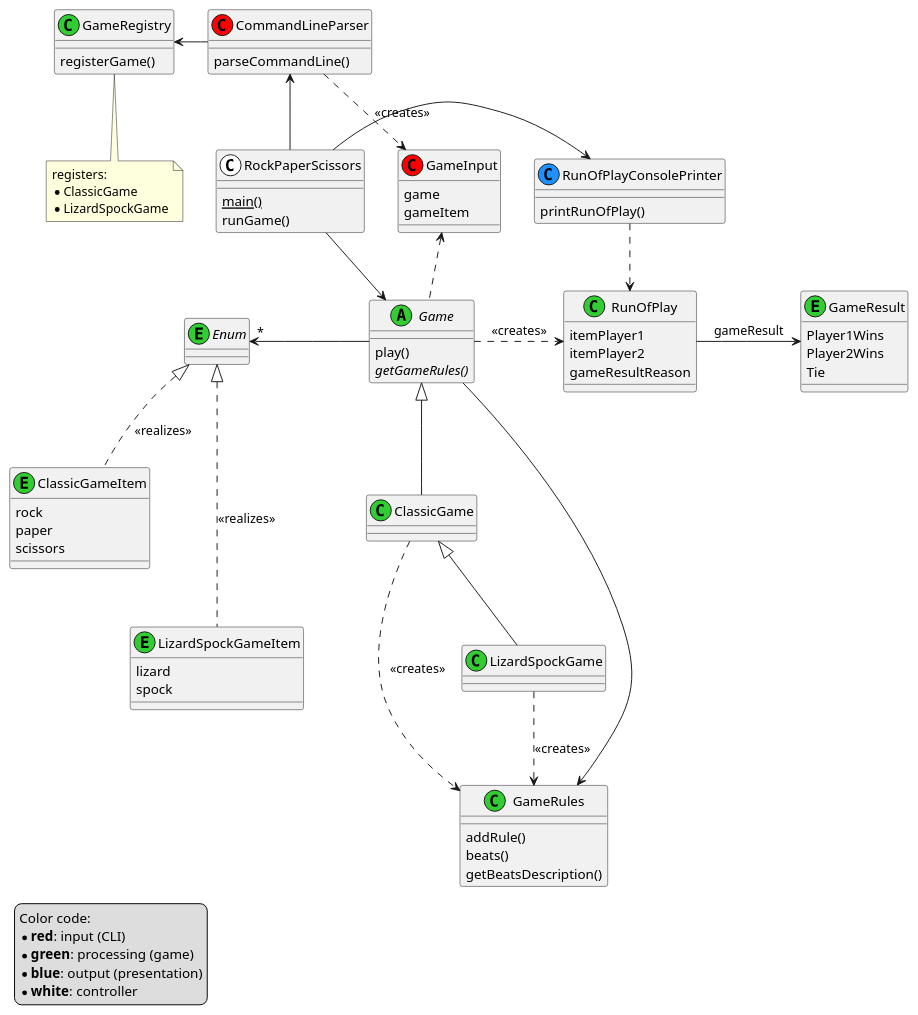
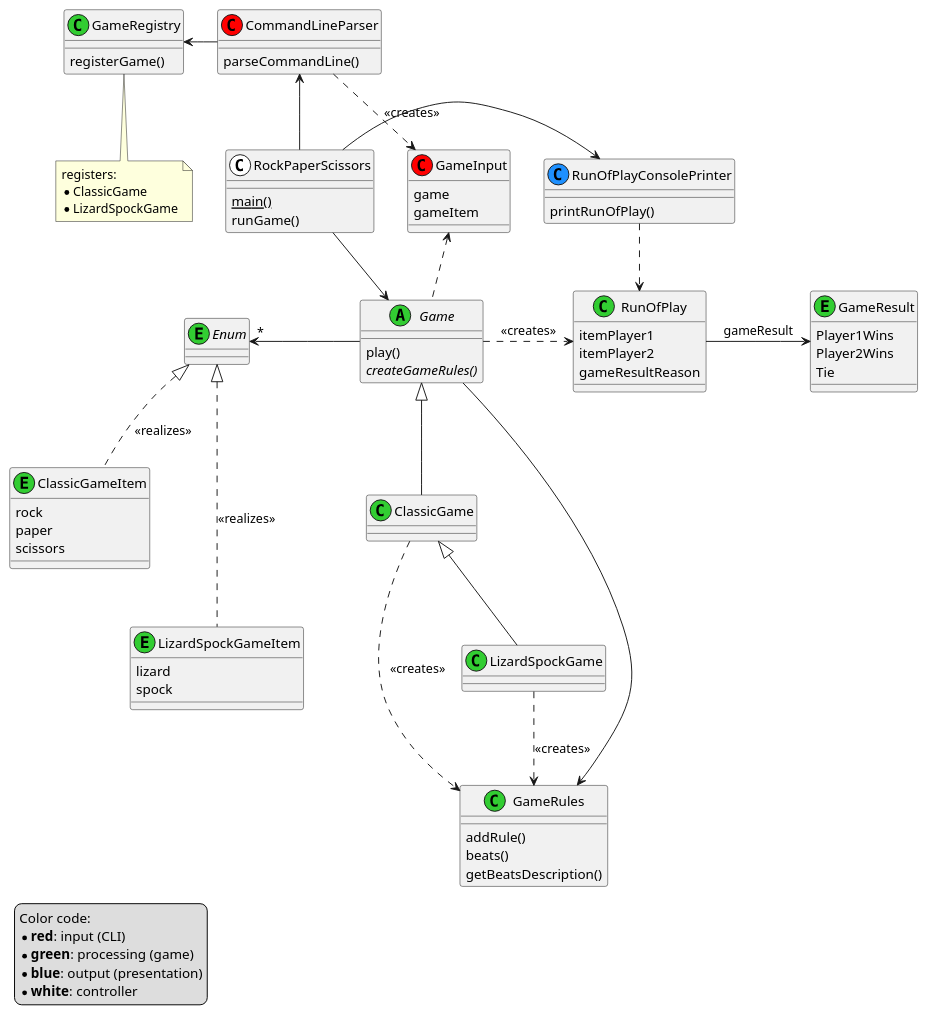
Before and after one commit to bhelfert/rock-paper-scissors: the diagram in src/main/plantuml/rock-paper-scissors-class-diagram.plantuml, drawn with PlantUML. The commit also changed 1 other file, not shown here.

Commit message:
Method getGameRules() was renamed to createGameRules().

```diff
--- a/src/main/plantuml/rock-paper-scissors-class-diagram.plantuml
+++ b/src/main/plantuml/rock-paper-scissors-class-diagram.plantuml
@@ -1,126 +1,126 @@
 @startuml
 
 ' This is a PlantUML file that describes a UML Class Diagram textually.
 ' See http://plantuml.com for more information.
 
 
 
 class GameRegistry << (C, limegreen) >> {
     registerGame()
 }
 note bottom: registers:\n* ClassicGame \n* LizardSpockGame
 
 
 
 class CommandLineParser << (C, red) >> {
     parseCommandLine()
 }
 CommandLineParser -left-> GameRegistry
 CommandLineParser .down.> GameInput : << creates >>
 
 
 
 class RockPaperScissors << (C, white) >> {
     {static} main()
     runGame()
 }
 RockPaperScissors -left-> CommandLineParser
 RockPaperScissors -down-> Game
 RockPaperScissors -right-> RunOfPlayConsolePrinter
 
 
 
 class RunOfPlayConsolePrinter << (C,dodgerblue) >> {
     printRunOfPlay()
 }
 RunOfPlayConsolePrinter ..> RunOfPlay
 
 
 
 abstract class Game << (A,limegreen) >> {
     play()
-    {abstract} getGameRules()
+    {abstract} createGameRules()
 }
 Game .up.> GameInput
 Game --> GameRules
 Game -left-> "*" Enum
 Game .right.> RunOfPlay : << creates >>
 
 
 
 class GameRules << (C,limegreen) >> {
     addRule()
     beats()
     getBeatsDescription()
 }
 
 
 
 class GameInput << (C,red) >> {
     game
     gameItem
 }
 
 
 
 class ClassicGame << (C,limegreen) >> {
 }
 Game <|-- ClassicGame
 ClassicGame .right.> GameRules : << creates >>
 
 
 
 class LizardSpockGame << (C,limegreen) >> {
 }
 ClassicGame <|-- LizardSpockGame
 LizardSpockGame ..> GameRules : << creates >>
 
 
 
 abstract class Enum << (E,limegreen) >>
 
 
 
 enum ClassicGameItem << (E,limegreen) >> {
     rock
     paper
     scissors
 }
 Enum <|.. ClassicGameItem : << realizes >>
 
 
 
 enum LizardSpockGameItem << (E,limegreen) >> {
     lizard
     spock
 }
 Enum <|... LizardSpockGameItem : << realizes >>
 
 
 
 class RunOfPlay << (C,limegreen) >> {
     itemPlayer1
     itemPlayer2
     gameResultReason
 }
 RunOfPlay -right-> GameResult : gameResult
 
 
 
 enum GameResult << (E,limegreen) >> {
     Player1Wins
     Player2Wins
     Tie
 }
 
 
 
 legend left
   Color code:
   *<b>red</b>: input (CLI)
   *<b>green</b>: processing (game)
   *<b>blue</b>: output (presentation)
   *<b>white</b>: controller
 endlegend
 
 @enduml
```
